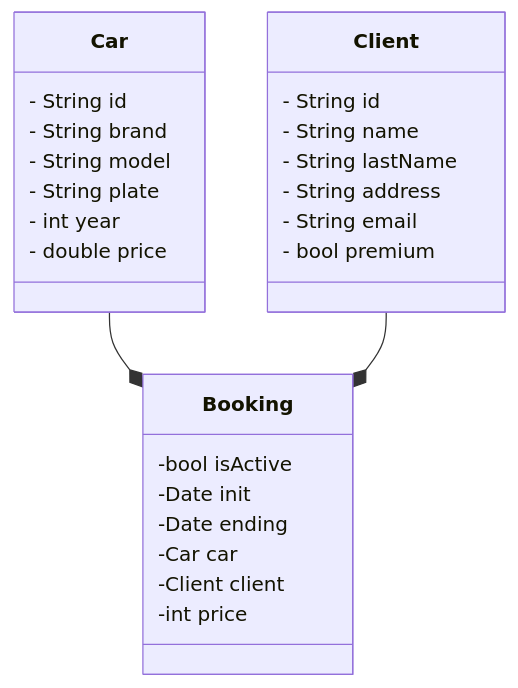
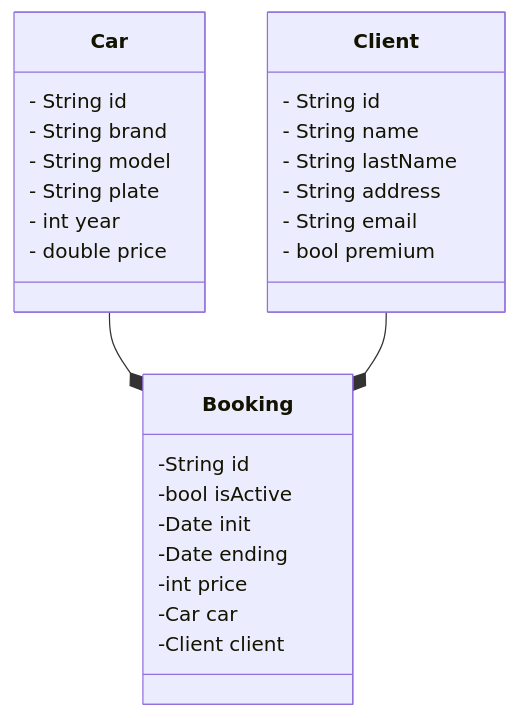
The diagram in rentingCarDocumentation.md (carolazp/rentingCar), drawn with Mermaid before and after one commit. The commit also changed 1 other file, not shown here.

Commit message:
feat: create booking class
to-do: add this class in App class in other to test it

````diff
--- a/rentingCarDocumentation.md
+++ b/rentingCarDocumentation.md
@@ -47,33 +47,34 @@
 ```mermaid
 classDiagram
 
     class Car{
       - String id
       - String brand
       - String model
       - String plate
       - int year
       - double price
     }
 
     class Client{
       - String id
       - String name
       - String lastName
       - String address
       - String email
       - bool premium
     }
 
     class Booking{
+      -String id
       -bool isActive
       -Date init
       -Date ending
+      -int price
       -Car car
       -Client client
-      -int price
     }
 
     Car --* Booking
     Client --* Booking
 ```
````
